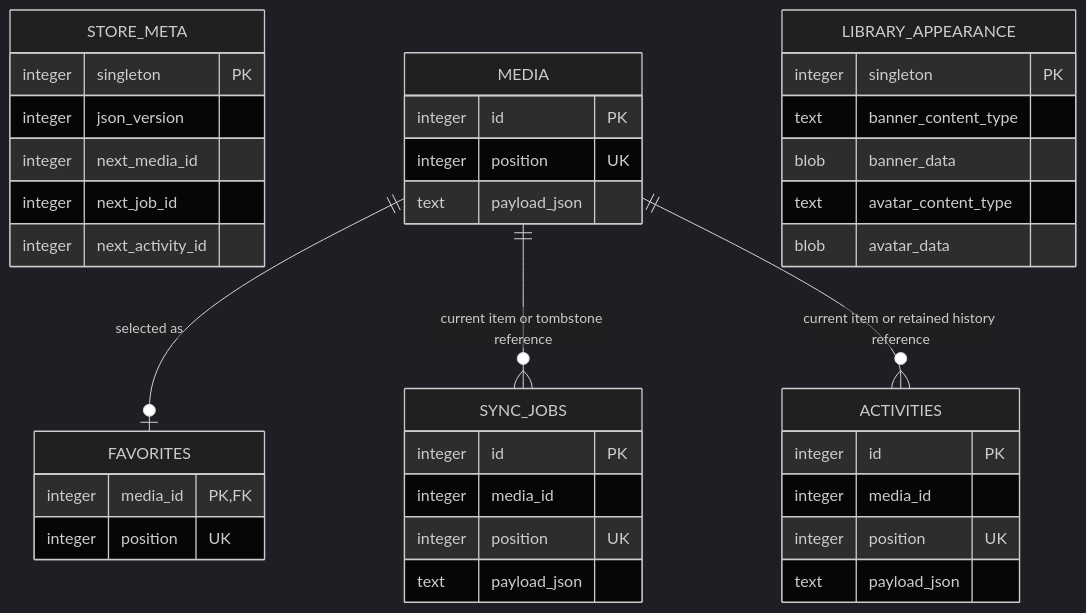
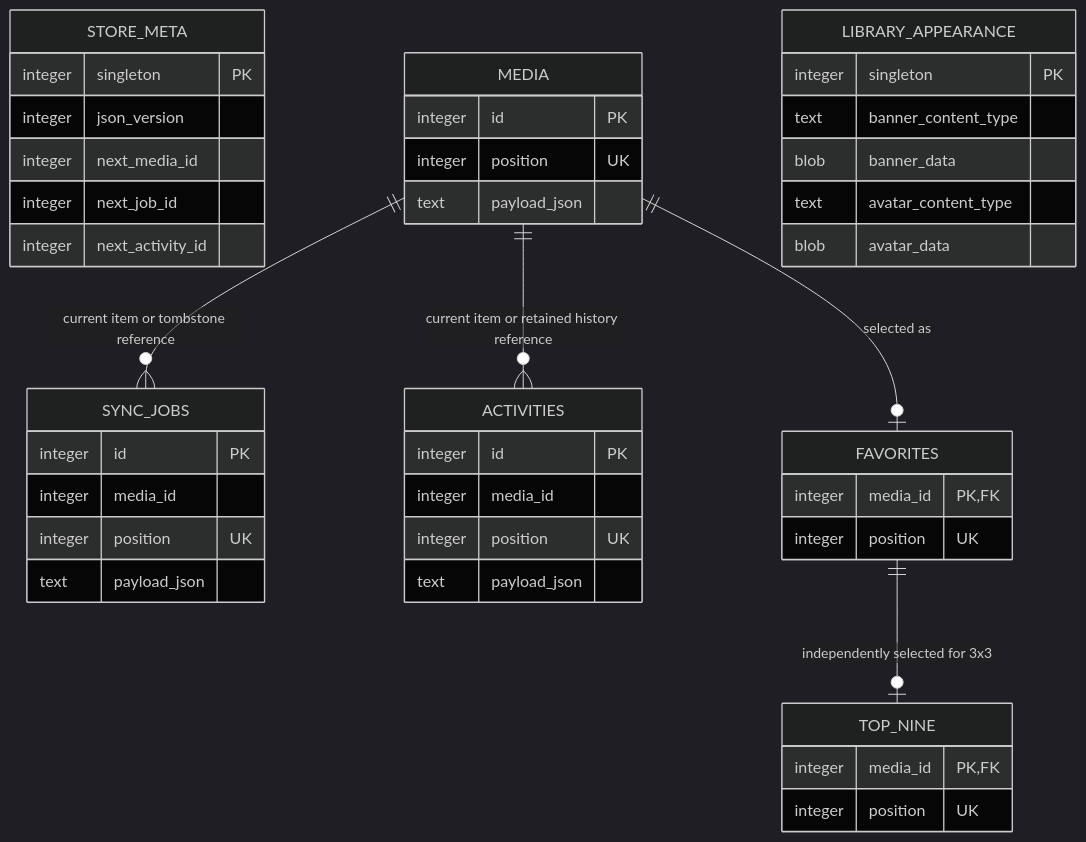
One commit to GMkonan/honne changed the second of 5 diagrams in DIAGRAMS.MD. Above: the diagram before and after it, drawn with Mermaid (dark theme). The commit also changed other lines of this file and 41 other files, not shown here.

Commit message:
feat: add library overview and separate favorites from top nine

````diff
--- a/DIAGRAMS.MD
+++ b/DIAGRAMS.MD
@@ -27,47 +27,53 @@
 ```mermaid
 erDiagram
     STORE_META {
         integer singleton PK
         integer json_version
         integer next_media_id
         integer next_job_id
         integer next_activity_id
     }
 
     MEDIA {
         integer id PK
         integer position UK
         text payload_json
     }
 
     SYNC_JOBS {
         integer id PK
         integer media_id
         integer position UK
         text payload_json
     }
 
     ACTIVITIES {
         integer id PK
         integer media_id
         integer position UK
         text payload_json
     }
 
     FAVORITES {
         integer media_id PK,FK
         integer position UK
     }
 
+    TOP_NINE {
+        integer media_id PK,FK
+        integer position UK
+    }
+
     LIBRARY_APPEARANCE {
         integer singleton PK
         text banner_content_type
         blob banner_data
         text avatar_content_type
         blob avatar_data
     }
 
     MEDIA ||--o| FAVORITES : "selected as"
+    FAVORITES ||--o| TOP_NINE : "independently selected for 3x3"
     MEDIA ||--o{ SYNC_JOBS : "current item or tombstone reference"
     MEDIA ||--o{ ACTIVITIES : "current item or retained history reference"
 ```
````
